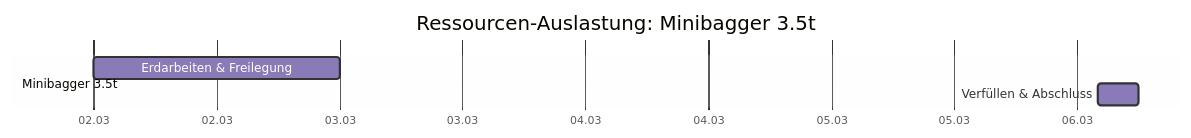
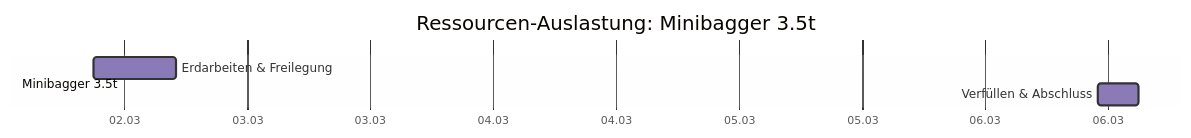
The sixth of 9 diagrams in tests/golden/fassadenbau.md (mistamichael/sproject), drawn with Mermaid before and after one commit. The commit also changed other lines of this file and 34 other files, not shown here.

````diff
--- a/tests/golden/fassadenbau.md
+++ b/tests/golden/fassadenbau.md
@@ -168,13 +168,13 @@
 ```mermaid
 %%{init: {'theme': 'base', 'themeVariables': {'taskBkgColor': '#8B7AB8', 'taskBorderColor': '#333', 'taskTextColor': '#fff'}}}%%
 gantt
     title Ressourcen-Auslastung: Minibagger 3.5t
     dateFormat  YYYY-MM-DD HH:mm
     axisFormat  %d.%m
     excludes    weekends, 2026-01-01, 2026-01-06, 2026-04-03, 2026-04-06, 2026-05-01, 2026-05-14, 2026-05-25, 2026-06-04, 2026-08-15, 2026-10-03, 2026-11-01, 2026-12-25, 2026-12-26
 
     section Minibagger 3.5t
 
-    Erdarbeiten & Freilegung    :t0, 2026-03-02 00:00, 2026-03-03 00:00
-    Verfüllen & Abschluss       :t1, 2026-03-06 02:00, 2026-03-06 06:00
+    Erdarbeiten & Freilegung    :t0, 2026-03-02 09:00, 2026-03-02 17:00
+    Verfüllen & Abschluss       :t1, 2026-03-06 11:00, 2026-03-06 15:00
 ```
````
